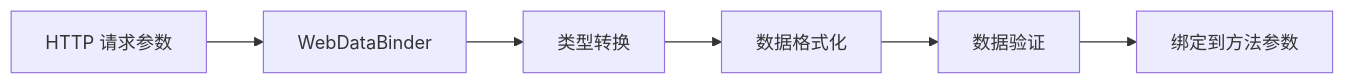
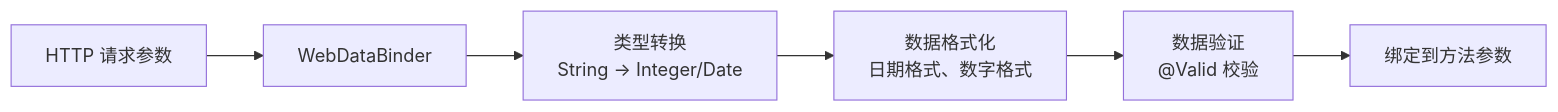
Before and after one commit to watslab/interview_doc: diagram 11 of 11 in document/Spring/SpringMVC 核心原理详解.md, drawn with Mermaid. The commit also changed other lines of this file and 2 other files, not shown here.

````diff
--- a/document/Spring/SpringMVC 核心原理详解.md
+++ b/document/Spring/SpringMVC 核心原理详解.md
@@ -445,8 +824,8 @@
 ```mermaid
 flowchart LR
-    A[HTTP 请求参数] --> B[WebDataBinder]
-    B --> C[类型转换]
-    C --> D[数据格式化]
-    D --> E[数据验证]
-    E --> F[绑定到方法参数]
+    A["HTTP 请求参数"] --> B["WebDataBinder"]
+    B --> C["类型转换<br/>String → Integer/Date"]
+    C --> D["数据格式化<br/>日期格式、数字格式"]
+    D --> E["数据验证<br/>@Valid 校验"]
+    E --> F["绑定到方法参数"]
 ```
````
